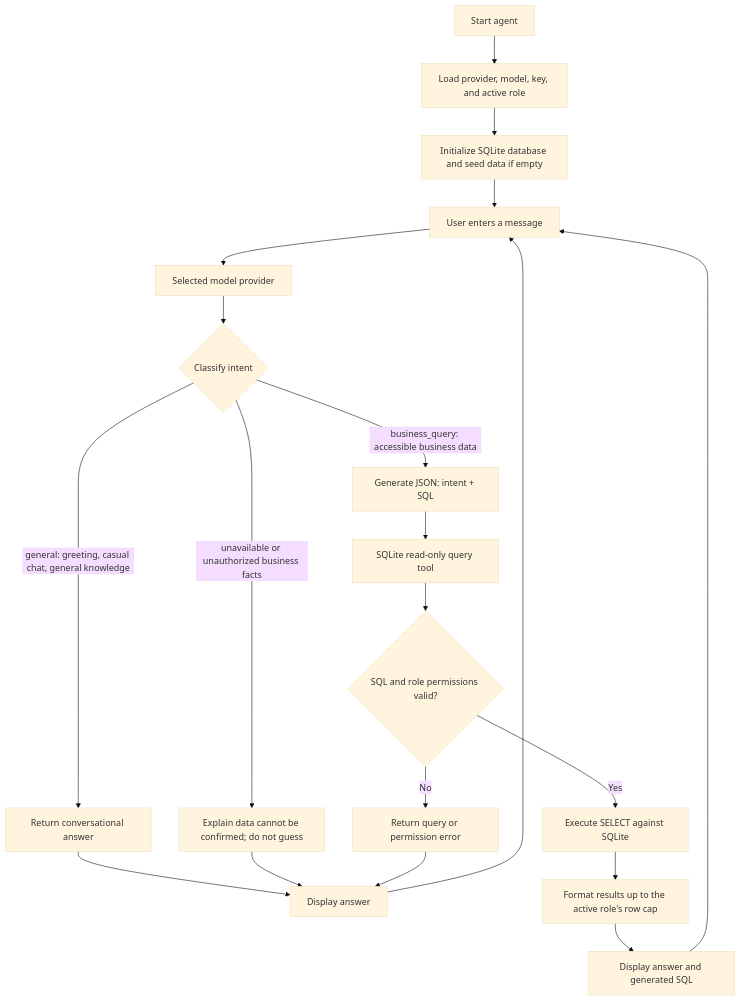
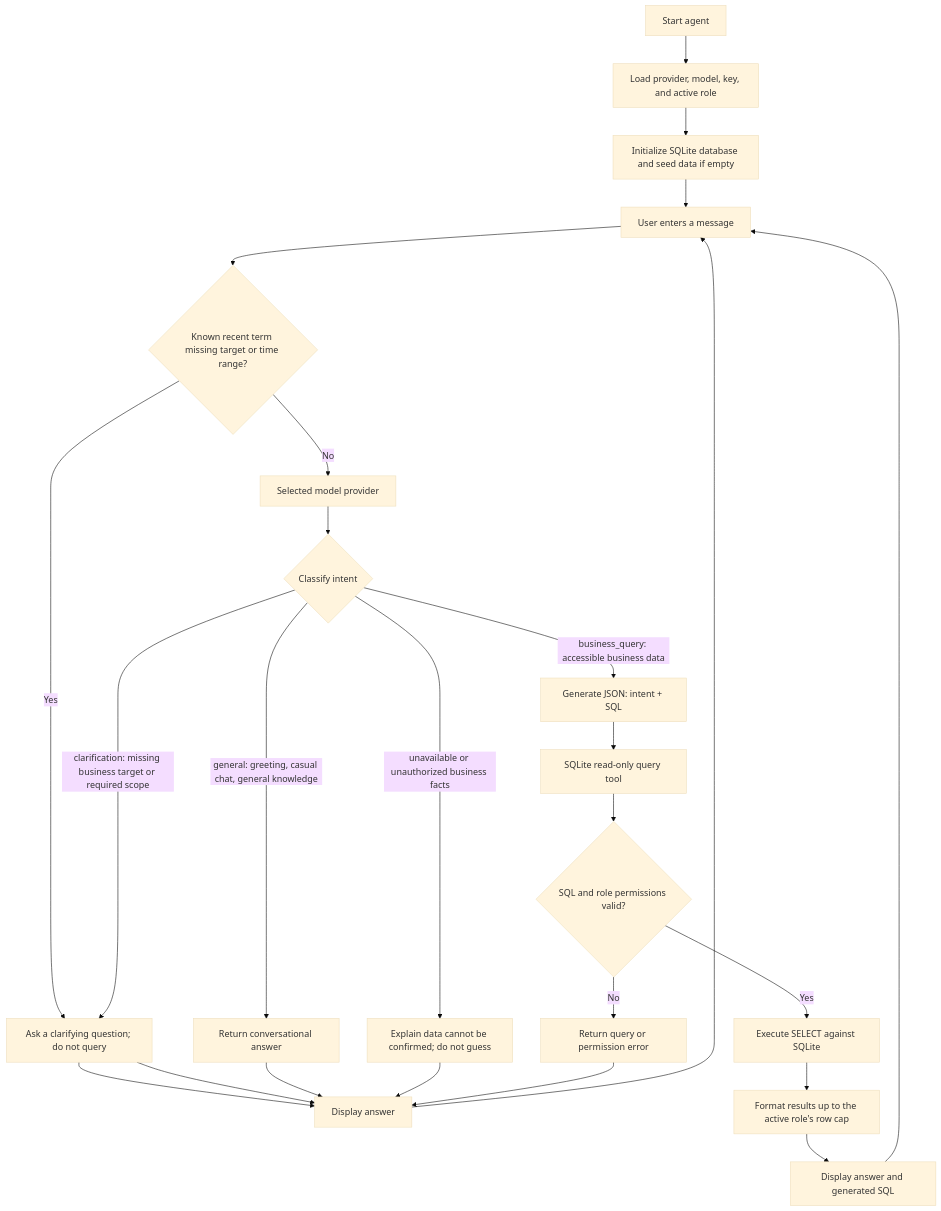
One commit to SsiStevenMao/business-agent changed the diagram in README.md. Above: the diagram before and after it, drawn with Mermaid (base theme). The commit also changed other lines of this file and 7 other files, not shown here.

````diff
--- a/README.md
+++ b/README.md
@@ -12,26 +12,32 @@
 ```mermaid
 flowchart TD
     A["Start agent"] --> B["Load provider, model, key, and active role"]
     B --> C["Initialize SQLite database and seed data if empty"]
     C --> D["User enters a message"]
-    D --> E["Selected model provider"]
+    D --> P{"Known recent term missing target or time range?"}
+    P -->|"Yes"| Q["Ask a targeted clarification; do not query"]
+    Q --> R["Display answer"]
+    P -->|"No"| E["Selected model provider"]
     E --> F{"Classify intent"}
+
+    F -->|"clarification: missing business target or required scope"| Q["Ask a clarifying question; do not query"]
+    Q --> R["Display answer"]
 
     F -->|"general: greeting, casual chat, general knowledge"| G["Return conversational answer"]
     G --> R["Display answer"]
 
     F -->|"business_query: accessible business data"| H["Generate JSON: intent + SQL"]
     F -->|"unavailable or unauthorized business facts"| N["Explain data cannot be confirmed; do not guess"]
     N --> R
 
     H --> I["SQLite read-only query tool"]
     I --> J{"SQL and role permissions valid?"}
     J -->|"No"| K["Return query or permission error"]
     K --> R
     J -->|"Yes"| L["Execute SELECT against SQLite"]
     L --> M["Format results up to the active role's row cap"]
     M --> S["Display answer and generated SQL"]
 
     R --> D
     S --> D
 ```
````
